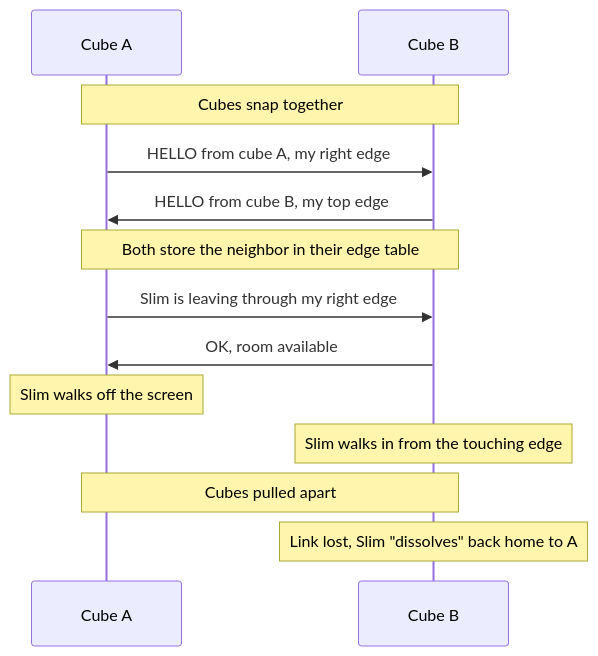
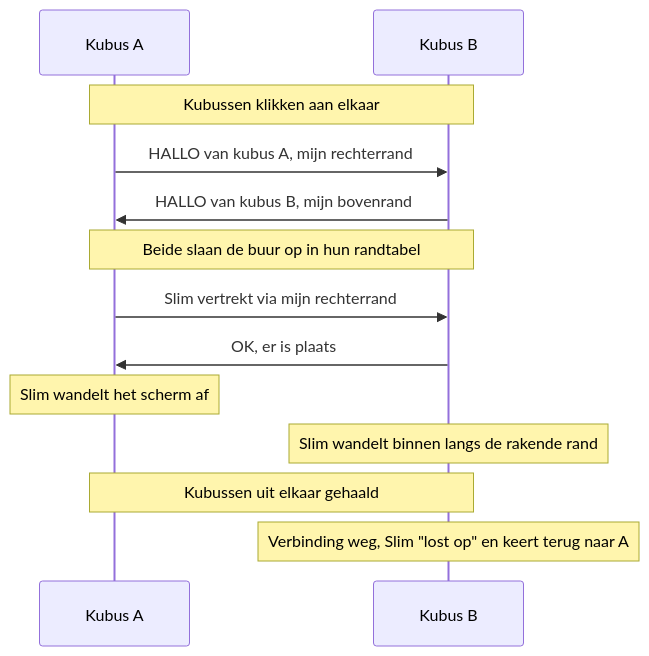
One commit to weggos2000/Cubelings changed the third of 4 diagrams in docs/Ideas.md. Above: the diagram before and after it, drawn with Mermaid. The commit also changed other lines of this file and 2 other files, not shown here.

````diff
--- a/docs/Ideas.md
+++ b/docs/Ideas.md
@@ -92,15 +118,15 @@
 ```mermaid
 sequenceDiagram
-    participant A as Cube A
-    participant B as Cube B
-    Note over A,B: Cubes snap together
-    A->>B: HELLO from cube A, my right edge
-    B->>A: HELLO from cube B, my top edge
-    Note over A,B: Both store the neighbor in their edge table
-    A->>B: Slim is leaving through my right edge
-    B->>A: OK, room available
-    Note over A: Slim walks off the screen
-    Note over B: Slim walks in from the touching edge
-    Note over A,B: Cubes pulled apart
-    Note over B: Link lost, Slim "dissolves" back home to A
+    participant A as Kubus A
+    participant B as Kubus B
+    Note over A,B: Kubussen klikken aan elkaar
+    A->>B: HALLO van kubus A, mijn rechterrand
+    B->>A: HALLO van kubus B, mijn bovenrand
+    Note over A,B: Beide slaan de buur op in hun randtabel
+    A->>B: Slim vertrekt via mijn rechterrand
+    B->>A: OK, er is plaats
+    Note over A: Slim wandelt het scherm af
+    Note over B: Slim wandelt binnen langs de rakende rand
+    Note over A,B: Kubussen uit elkaar gehaald
+    Note over B: Verbinding weg, Slim "lost op" en keert terug naar A
 ```
````
